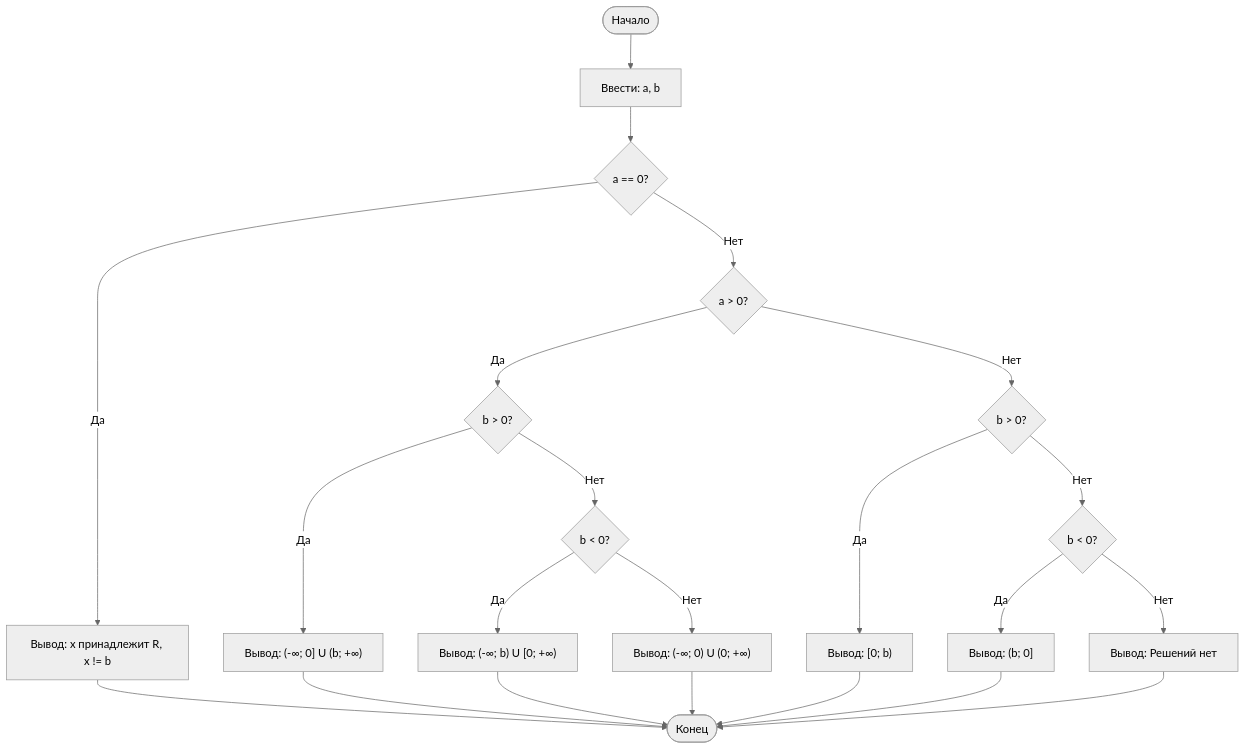
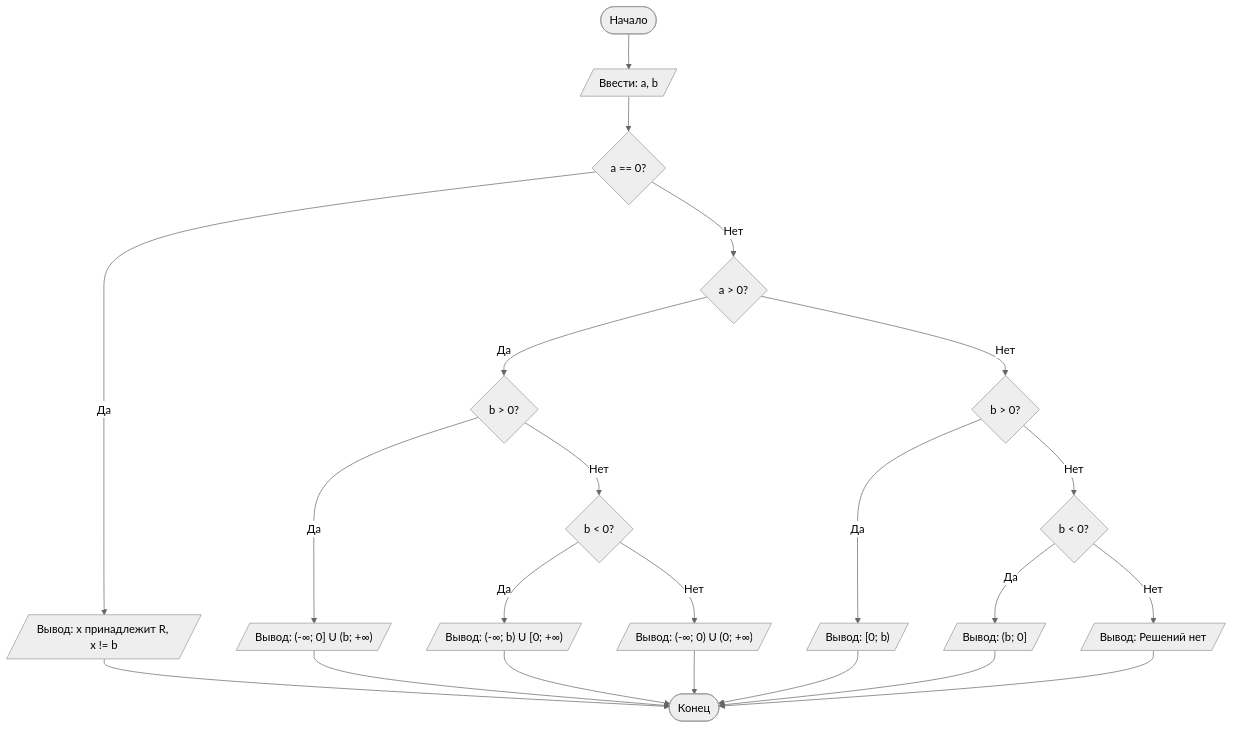
The diagram in README.md (dorohid/Lab1), drawn with Mermaid (neutral theme) before and after one commit.

````diff
--- a/README.md
+++ b/README.md
@@ -89,25 +89,25 @@
 ```mermaid
 graph TD
-    A(["Начало"]) --> B["Ввести: a, b"]
+    A(["Начало"]) --> B[/"Ввести: a, b"/]
     B --> C{"a == 0?"}
-    C -- Да --> D["Вывод: x принадлежит R, x != b"]
+    C -- Да --> D[/"Вывод: x принадлежит R, x != b"/]
     C -- Нет --> E{"a > 0?"}
     E -- Да --> F{"b > 0?"}
-    F -- Да --> G["Вывод: (-∞; 0] U (b; +∞)"]
+    F -- Да --> G[/"Вывод: (-∞; 0] U (b; +∞)"/]
     F -- Нет --> H{"b < 0?"}
-    H -- Да --> I["Вывод: (-∞; b) U [0; +∞)"]
-    H -- Нет --> J["Вывод: (-∞; 0) U (0; +∞)"]
+    H -- Да --> I[/"Вывод: (-∞; b) U [0; +∞)"/]
+    H -- Нет --> J[/"Вывод: (-∞; 0) U (0; +∞)"/]
     E -- Нет --> K{"b > 0?"}
-    K -- Да --> L["Вывод: [0; b)"]
+    K -- Да --> L[/"Вывод: [0; b)"/]
     K -- Нет --> M{"b < 0?"}
-    M -- Да --> N["Вывод: (b; 0]"]
-    M -- Нет --> O["Вывод: Решений нет"]
+    M -- Да --> N[/"Вывод: (b; 0]"/]
+    M -- Нет --> O[/"Вывод: Решений нет"/]
     D --> Z(["Конец"])
     G --> Z
     I --> Z
     J --> Z
     L --> Z
     N --> Z
     O --> Z(["Конец"])
 
 ```
````
